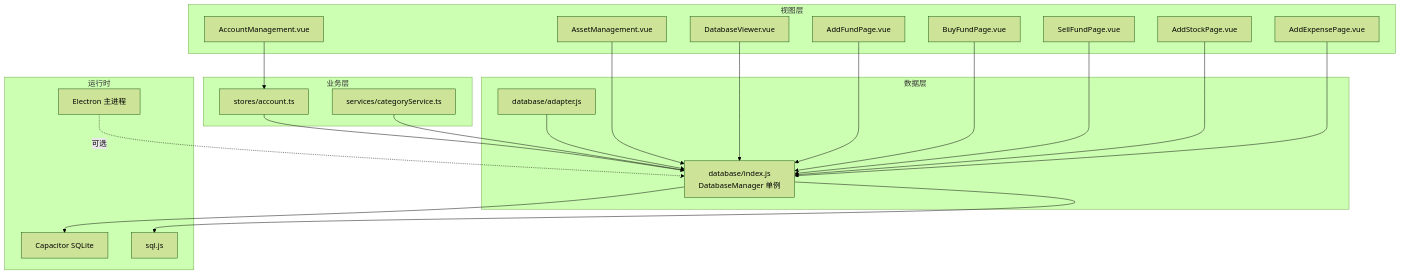
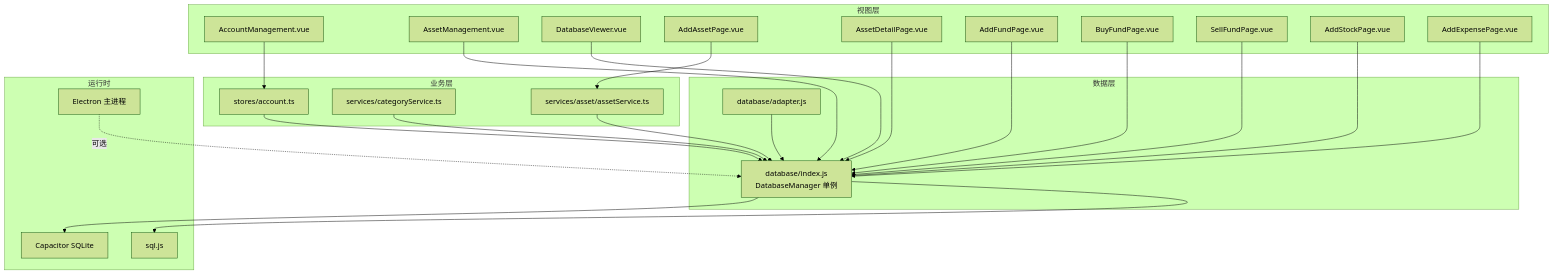
One commit to xiao-lin-unit/yuan changed the first of 7 diagrams in .qoder/repowiki/zh/content/数据库管理/数据库管理.md. Above: the diagram before and after it, drawn with Mermaid (forest theme). The commit also changed other lines of this file and 21 other files, not shown here.

````diff
--- a/.qoder/repowiki/zh/content/数据库管理/数据库管理.md
+++ b/.qoder/repowiki/zh/content/数据库管理/数据库管理.md
@@ -58,40 +64,46 @@
 ```mermaid
 graph TB
 subgraph "视图层"
 UI_Account["AccountManagement.vue"]
 UI_Asset["AssetManagement.vue"]
 UI_DBViewer["DatabaseViewer.vue"]
+UI_AddAsset["AddAssetPage.vue"]
+UI_AssetDetail["AssetDetailPage.vue"]
 UI_AddFund["AddFundPage.vue"]
 UI_BuyFund["BuyFundPage.vue"]
 UI_SellFund["SellFundPage.vue"]
 UI_AddStock["AddStockPage.vue"]
 UI_AddExpense["AddExpensePage.vue"]
 end
 subgraph "业务层"
 Store_Account["stores/account.ts"]
 Svc_Category["services/categoryService.ts"]
+Svc_Asset["services/asset/assetService.ts"]
 end
 subgraph "数据层"
 Adapter["database/adapter.js"]
 Manager["database/index.js<br/>DatabaseManager 单例"]
 end
 subgraph "运行时"
 Capacitor["Capacitor SQLite"]
 SQLJS["sql.js"]
 Electron["Electron 主进程"]
 end
 UI_Account --> Store_Account
 UI_Asset --> Manager
 UI_DBViewer --> Manager
+UI_AddAsset --> Svc_Asset
+UI_AssetDetail --> Manager
 UI_AddFund --> Manager
 UI_BuyFund --> Manager
 UI_SellFund --> Manager
 UI_AddStock --> Manager
 UI_AddExpense --> Manager
 Store_Account --> Manager
 Svc_Category --> Manager
+Svc_Asset --> Manager
 Adapter --> Manager
 Manager --> Capacitor
 Manager --> SQLJS
 Electron -. 可选 .-> Manager
 ```
````
